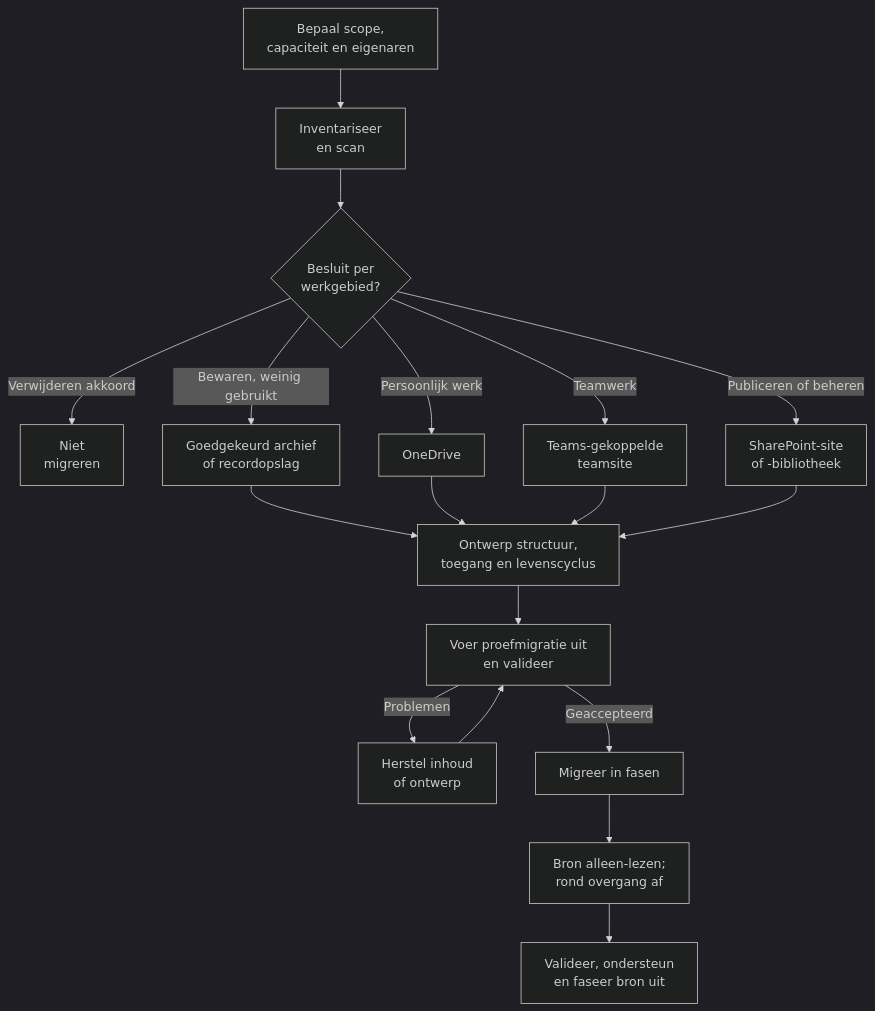
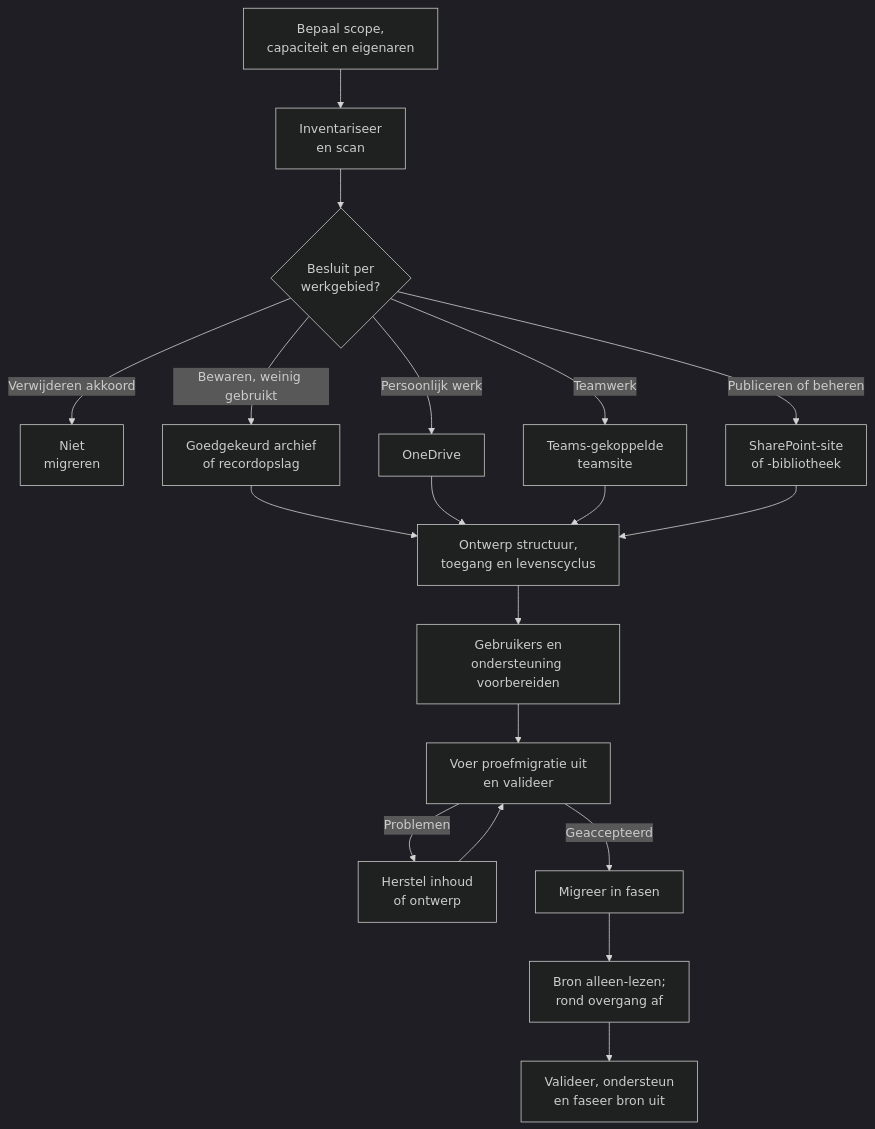
One commit to DwayneSelsig/M365wizard changed the first of 2 diagrams in i18n/nl/docusaurus-plugin-content-docs/current/admin-and-governance/migrate-file-server-to-sharepoint.md. Above: the diagram before and after it, drawn with Mermaid (dark theme). The commit also changed other lines of this file and 1 other file, not shown here.

````diff
--- a/i18n/nl/docusaurus-plugin-content-docs/current/admin-and-governance/migrate-file-server-to-sharepoint.md
+++ b/i18n/nl/docusaurus-plugin-content-docs/current/admin-and-governance/migrate-file-server-to-sharepoint.md
@@ -26,21 +26,22 @@
 ```mermaid
 flowchart TD
     Scope[Bepaal scope,<br/>capaciteit en eigenaren] --> Assess[Inventariseer<br/>en scan]
     Assess --> Decide{Besluit per<br/>werkgebied?}
     Decide -->|Verwijderen akkoord| Delete[Niet<br/>migreren]
     Decide -->|Bewaren, weinig gebruikt| Archive[Goedgekeurd archief<br/>of recordopslag]
     Decide -->|Persoonlijk werk| OneDrive[OneDrive]
     Decide -->|Teamwerk| Team[Teams-gekoppelde<br/>teamsite]
     Decide -->|Publiceren of beheren| SharePoint[SharePoint-site<br/>of -bibliotheek]
 
     Archive --> Design[Ontwerp structuur,<br/>toegang en levenscyclus]
     OneDrive --> Design
     Team --> Design
     SharePoint --> Design
-    Design --> Pilot[Voer proefmigratie uit<br/>en valideer]
+    Design --> Prepare[Gebruikers en<br/>ondersteuning voorbereiden]
+    Prepare --> Pilot[Voer proefmigratie uit<br/>en valideer]
     Pilot -->|Problemen| Fix[Herstel inhoud<br/>of ontwerp]
     Fix --> Pilot
     Pilot -->|Geaccepteerd| Waves[Migreer in fasen]
     Waves --> Cutover[Bron alleen-lezen;<br/>rond overgang af]
     Cutover --> Review[Valideer, ondersteun<br/>en faseer bron uit]
 ```
````
